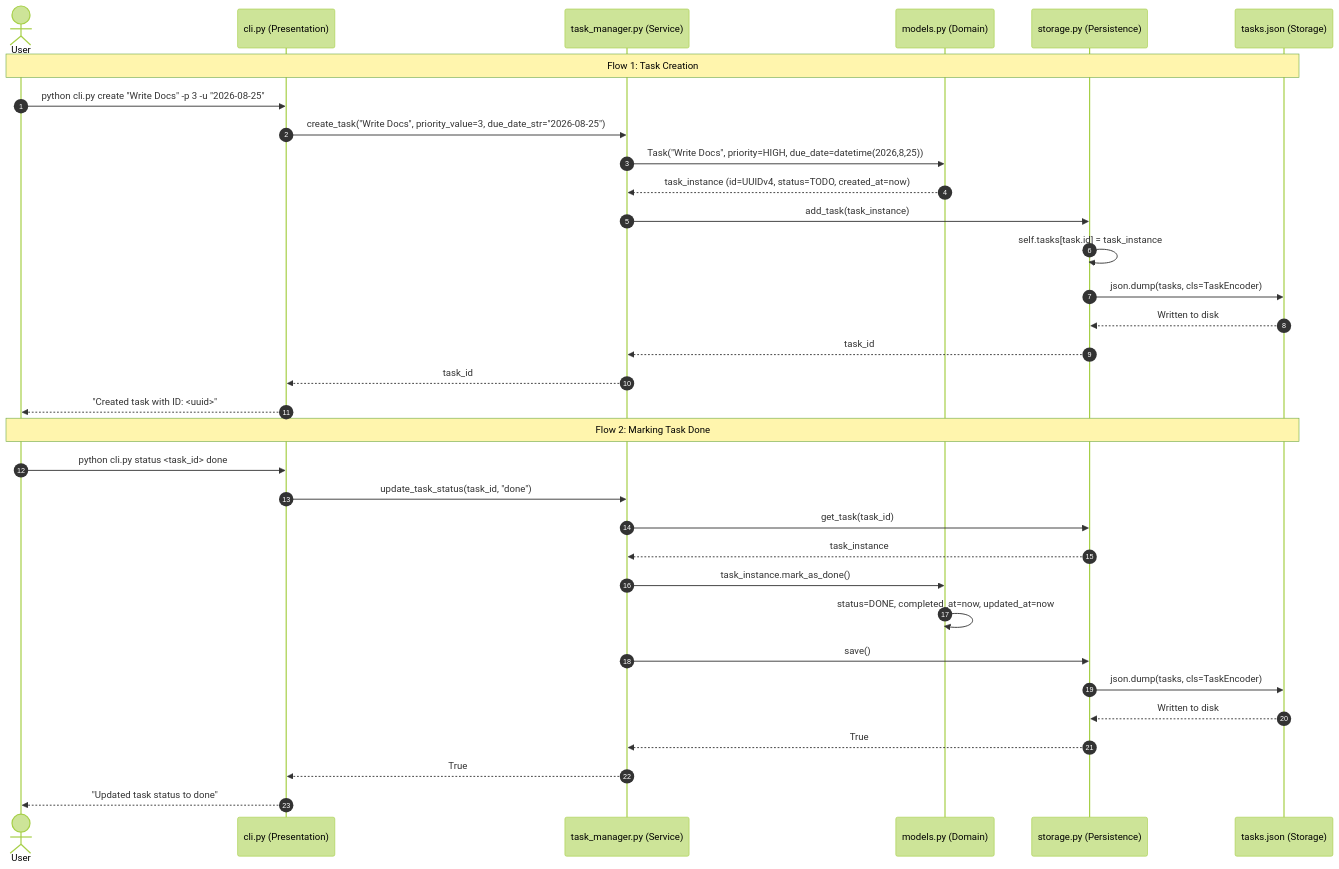
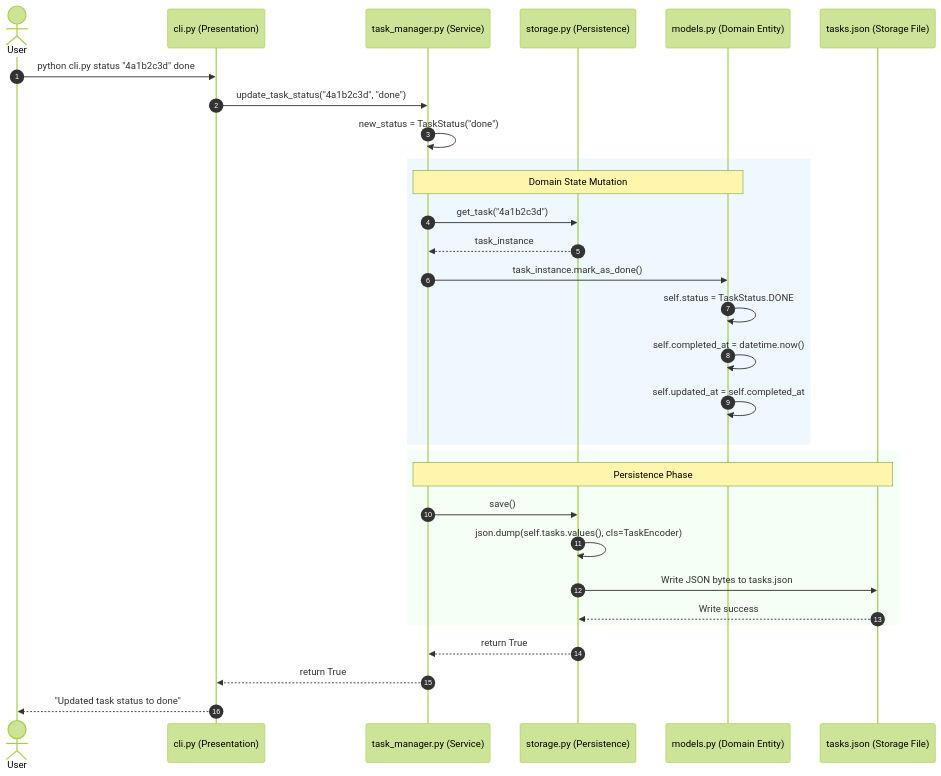
One commit to Ratshili9/ai-code-exercises changed the diagram in EXERCISE_2_CODEBASE_EXPLORATION_CHALLENGE.md. Above: the diagram before and after it, drawn with Mermaid (forest theme). The commit also changed other lines of this file, not shown here.

Commit message:
Update Exercise 2: Align with exact WTC rubric (Task Creation/Status, Prioritization, Completion Data Flow, Presentation Notes)

````diff
--- a/EXERCISE_2_CODEBASE_EXPLORATION_CHALLENGE.md
+++ b/EXERCISE_2_CODEBASE_EXPLORATION_CHALLENGE.md
@@ -125,37 +165,36 @@
 ```mermaid
 sequenceDiagram
     autonumber
     actor User
     participant CLI as cli.py (Presentation)
-    participant App as task_manager.py (Service)
-    participant Model as models.py (Domain)
+    participant TM as task_manager.py (Service)
     participant Storage as storage.py (Persistence)
-    participant Disk as tasks.json (Storage)
+    participant Task as models.py (Domain Entity)
+    participant Disk as tasks.json (Storage File)
 
-    Note over User,Disk: Flow 1: Task Creation
-    User->>CLI: python cli.py create "Write Docs" -p 3 -u "2026-08-25"
-    CLI->>App: create_task("Write Docs", priority_value=3, due_date_str="2026-08-25")
-    App->>Model: Task("Write Docs", priority=HIGH, due_date=datetime(2026,8,25))
-    Model-->>App: task_instance (id=UUIDv4, status=TODO, created_at=now)
-    App->>Storage: add_task(task_instance)
-    Storage->>Storage: self.tasks[task.id] = task_instance
-    Storage->>Disk: json.dump(tasks, cls=TaskEncoder)
-    Disk-->>Storage: Written to disk
-    Storage-->>App: task_id
-    App-->>CLI: task_id
-    CLI-->>User: "Created task with ID: <uuid>"
+    User->>CLI: python cli.py status "4a1b2c3d" done
+    CLI->>TM: update_task_status("4a1b2c3d", "done")
+    TM->>TM: new_status = TaskStatus("done")
+    
+    rect rgb(240, 248, 255)
+        Note over TM,Task: Domain State Mutation
+        TM->>Storage: get_task("4a1b2c3d")
+        Storage-->>TM: task_instance
+        TM->>Task: task_instance.mark_as_done()
+        Task->>Task: self.status = TaskStatus.DONE
+        Task->>Task: self.completed_at = datetime.now()
+        Task->>Task: self.updated_at = self.completed_at
+    end
 
-    Note over User,Disk: Flow 2: Marking Task Done
-    User->>CLI: python cli.py status <task_id> done
-    CLI->>App: update_task_status(task_id, "done")
-    App->>Storage: get_task(task_id)
-    Storage-->>App: task_instance
-    App->>Model: task_instance.mark_as_done()
-    Model->>Model: status=DONE, completed_at=now, updated_at=now
-    App->>Storage: save()
-    Storage->>Disk: json.dump(tasks, cls=TaskEncoder)
-    Disk-->>Storage: Written to disk
-    Storage-->>App: True
-    App-->>CLI: True
+    rect rgb(245, 255, 245)
+        Note over TM,Disk: Persistence Phase
+        TM->>Storage: save()
+        Storage->>Storage: json.dump(self.tasks.values(), cls=TaskEncoder)
+        Storage->>Disk: Write JSON bytes to tasks.json
+        Disk-->>Storage: Write success
+    end
+
+    Storage-->>TM: return True
+    TM-->>CLI: return True
     CLI-->>User: "Updated task status to done"
 ```
````
